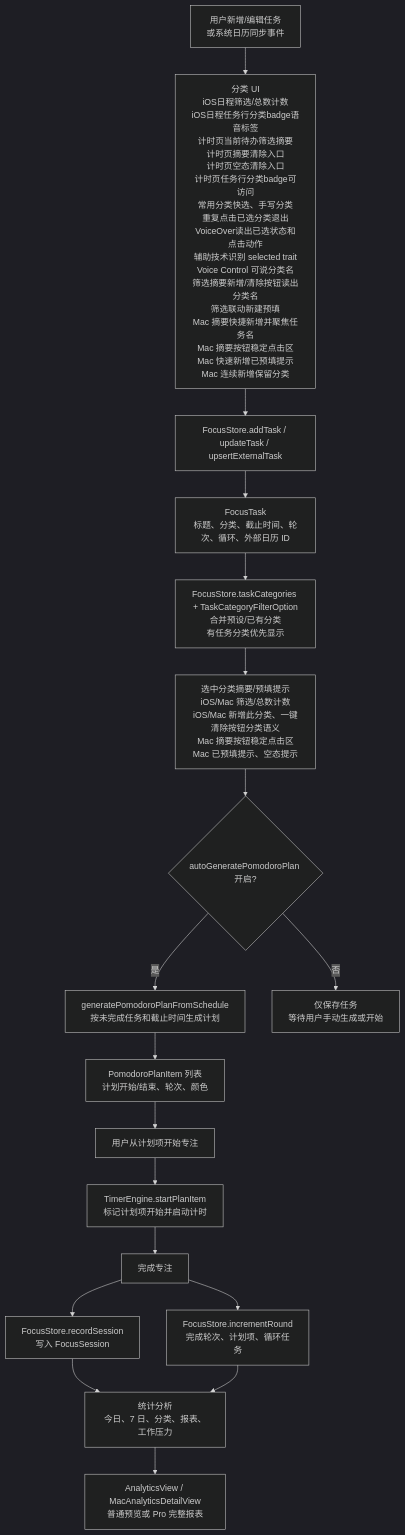
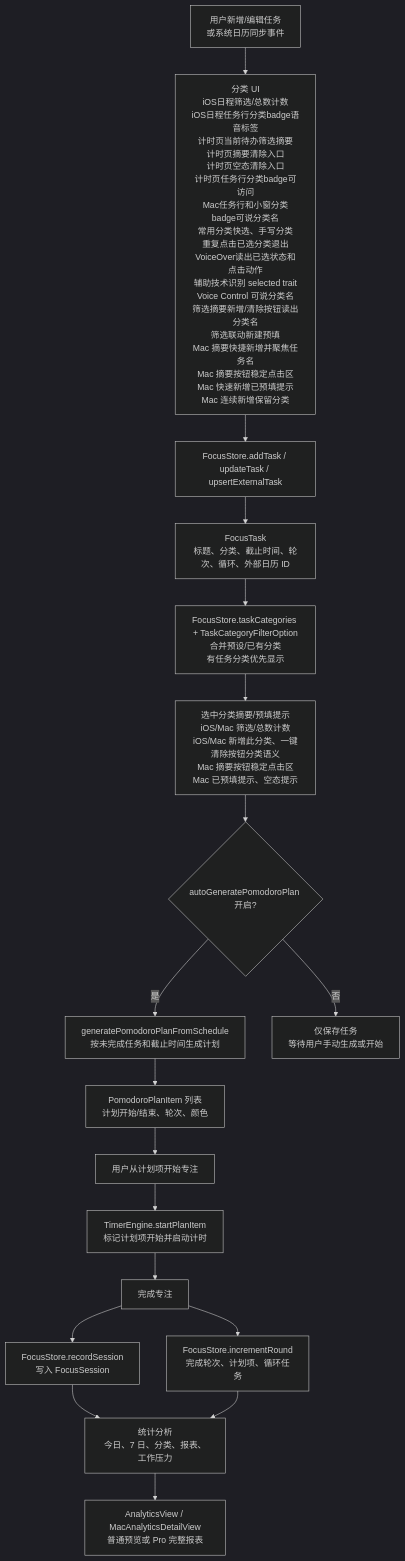
Before and after one commit to Altman-sam114/114: the third of 6 diagrams in md/flow/flowchart.md, drawn with Mermaid (dark theme). The commit also changed other lines of this file and 8 other files, not shown here.

````diff
--- a/md/flow/flowchart.md
+++ b/md/flow/flowchart.md
@@ -63,20 +63,20 @@
 ```mermaid
 flowchart TD
-  A["用户新增/编辑任务<br/>或系统日历同步事件"] --> P0["分类 UI<br/>iOS日程筛选/总数计数<br/>iOS日程任务行分类badge语音标签<br/>计时页当前待办筛选摘要<br/>计时页摘要清除入口<br/>计时页空态清除入口<br/>计时页任务行分类badge可访问<br/>常用分类快选、手写分类<br/>重复点击已选分类退出<br/>VoiceOver读出已选状态和点击动作<br/>辅助技术识别 selected trait<br/>Voice Control 可说分类名<br/>筛选摘要新增/清除按钮读出分类名<br/>筛选联动新建预填<br/>Mac 摘要快捷新增并聚焦任务名<br/>Mac 摘要按钮稳定点击区<br/>Mac 快速新增已预填提示<br/>Mac 连续新增保留分类"]
+  A["用户新增/编辑任务<br/>或系统日历同步事件"] --> P0["分类 UI<br/>iOS日程筛选/总数计数<br/>iOS日程任务行分类badge语音标签<br/>计时页当前待办筛选摘要<br/>计时页摘要清除入口<br/>计时页空态清除入口<br/>计时页任务行分类badge可访问<br/>Mac任务行和小窗分类badge可说分类名<br/>常用分类快选、手写分类<br/>重复点击已选分类退出<br/>VoiceOver读出已选状态和点击动作<br/>辅助技术识别 selected trait<br/>Voice Control 可说分类名<br/>筛选摘要新增/清除按钮读出分类名<br/>筛选联动新建预填<br/>Mac 摘要快捷新增并聚焦任务名<br/>Mac 摘要按钮稳定点击区<br/>Mac 快速新增已预填提示<br/>Mac 连续新增保留分类"]
   P0 --> B["FocusStore.addTask / updateTask / upsertExternalTask"]
   B --> C["FocusTask<br/>标题、分类、截止时间、轮次、循环、外部日历 ID"]
   C --> C2["FocusStore.taskCategories + TaskCategoryFilterOption<br/>合并预设/已有分类<br/>有任务分类优先显示"]
   C2 --> C3["选中分类摘要/预填提示<br/>iOS/Mac 筛选/总数计数<br/>iOS/Mac 新增此分类、一键清除按钮分类语义<br/>Mac 摘要按钮稳定点击区<br/>Mac 已预填提示、空态提示"]
   C3 --> D{"autoGeneratePomodoroPlan 开启?"}
   D -->|是| E["generatePomodoroPlanFromSchedule<br/>按未完成任务和截止时间生成计划"]
   D -->|否| F["仅保存任务<br/>等待用户手动生成或开始"]
   E --> G["PomodoroPlanItem 列表<br/>计划开始/结束、轮次、颜色"]
   G --> H["用户从计划项开始专注"]
   H --> I["TimerEngine.startPlanItem<br/>标记计划项开始并启动计时"]
   I --> J["完成专注"]
   J --> K["FocusStore.incrementRound<br/>完成轮次、计划项、循环任务"]
   J --> L["FocusStore.recordSession<br/>写入 FocusSession"]
   L --> M["统计分析<br/>今日、7 日、分类、报表、工作压力"]
   K --> M
   M --> N["AnalyticsView / MacAnalyticsDetailView<br/>普通预览或 Pro 完整报表"]
 ```
````
